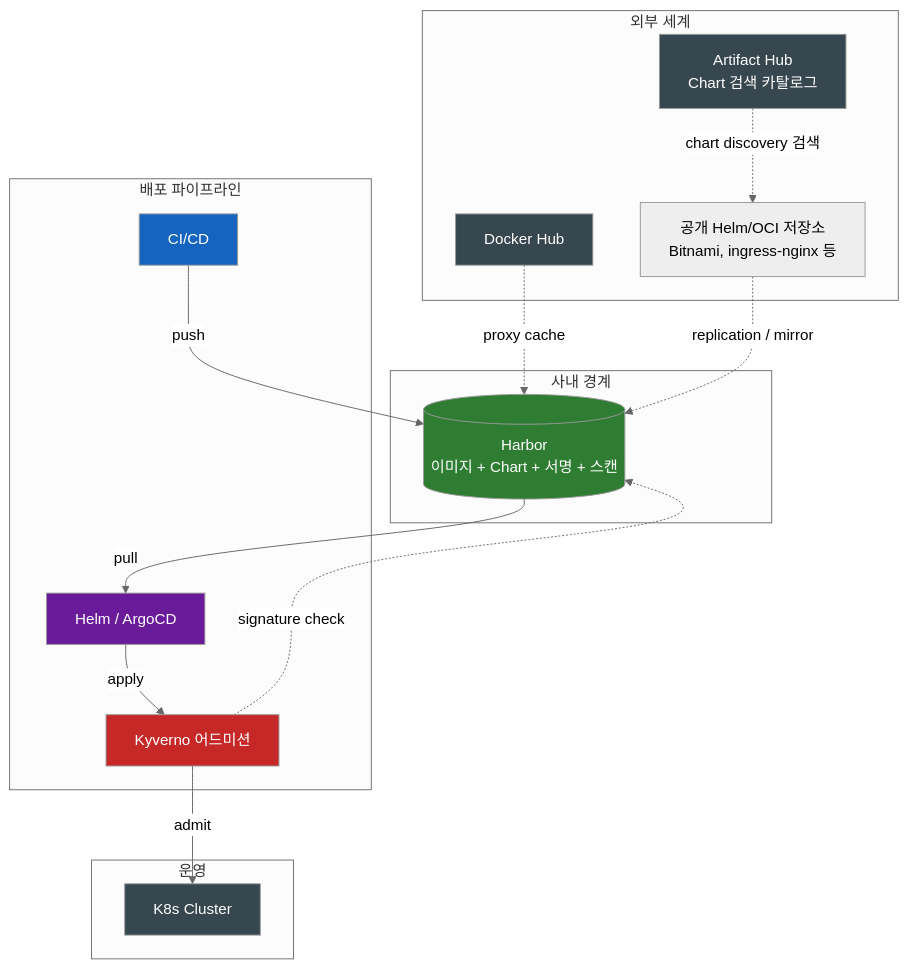
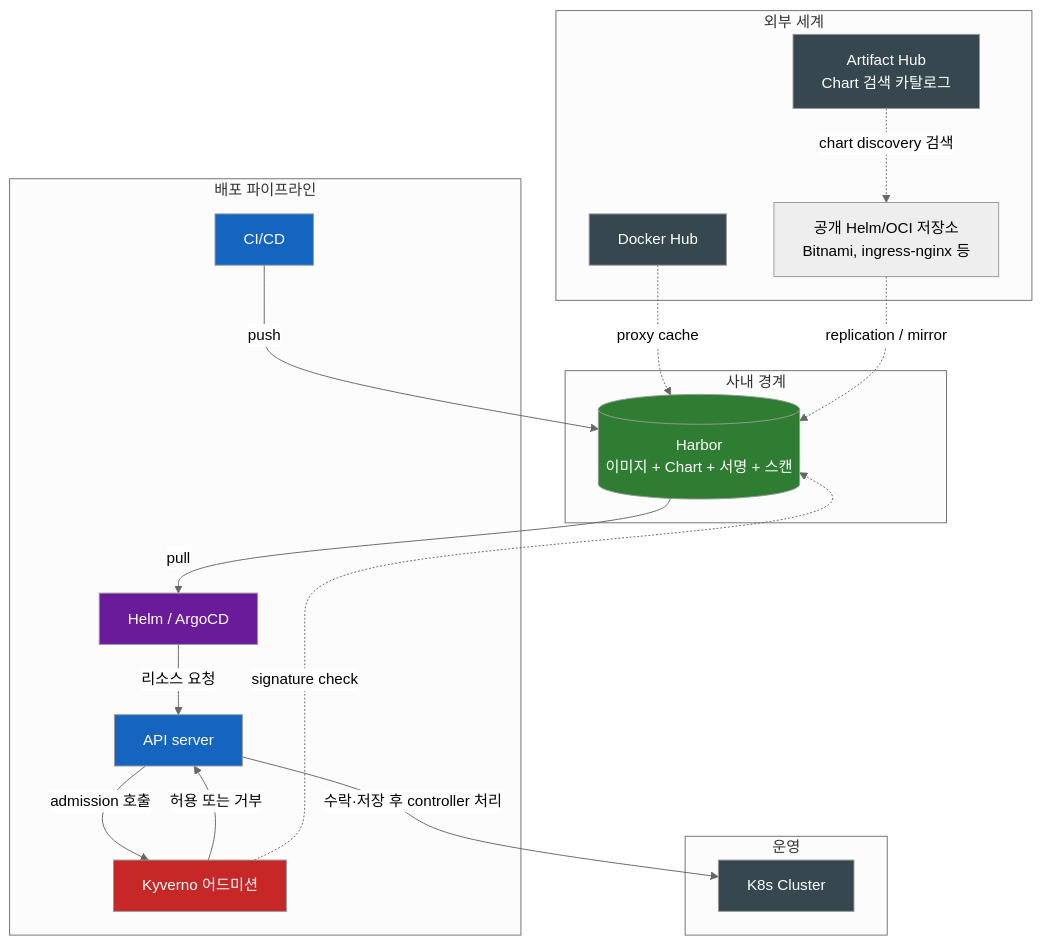
The sixth of 6 diagrams in kubernetes/Helm과-Harbor를-왜-같이-써야-하는가.md (sskim91/TIL), drawn with Mermaid (neutral theme) before and after one commit. The commit also changed other lines of this file and 39 other files, not shown here.

````diff
--- a/kubernetes/Helm과-Harbor를-왜-같이-써야-하는가.md
+++ b/kubernetes/Helm과-Harbor를-왜-같이-써야-하는가.md
@@ -270,39 +290,43 @@
 ```mermaid
 flowchart TB
     subgraph Outside[외부 세계]
         Hub[Docker Hub]
         ArtHub[Artifact Hub<br>Chart 검색 카탈로그]
         Upstream[공개 Helm/OCI 저장소<br>Bitnami, ingress-nginx 등]
     end
 
     subgraph Boundary[사내 경계]
         Harbor[(Harbor<br>이미지 + Chart + 서명 + 스캔)]
     end
 
     subgraph Pipeline[배포 파이프라인]
         CI[CI/CD]
         Helm[Helm / ArgoCD]
+        API[API server]
         Verify[Kyverno 어드미션]
     end
 
     subgraph Runtime[운영]
         Cluster[K8s Cluster]
     end
 
     Hub -.->|proxy cache| Harbor
     ArtHub -.->|chart discovery 검색| Upstream
     Upstream -.->|replication / mirror| Harbor
     CI -->|push| Harbor
     Harbor -->|pull| Helm
-    Helm -->|apply| Verify
-    Verify -->|admit| Cluster
+    Helm -->|리소스 요청| API
+    API -->|admission 호출| Verify
+    Verify -->|허용 또는 거부| API
+    API -->|수락·저장 후 controller 처리| Cluster
     Verify -.->|signature check| Harbor
 
     style Hub fill:#37474F,color:#fff
     style ArtHub fill:#37474F,color:#fff
     style Harbor fill:#2E7D32,color:#fff
     style CI fill:#1565C0,color:#fff
     style Helm fill:#6A1B9A,color:#fff
     style Verify fill:#C62828,color:#fff
+    style API fill:#1565C0,color:#fff
     style Cluster fill:#37474F,color:#fff
 ```
````
